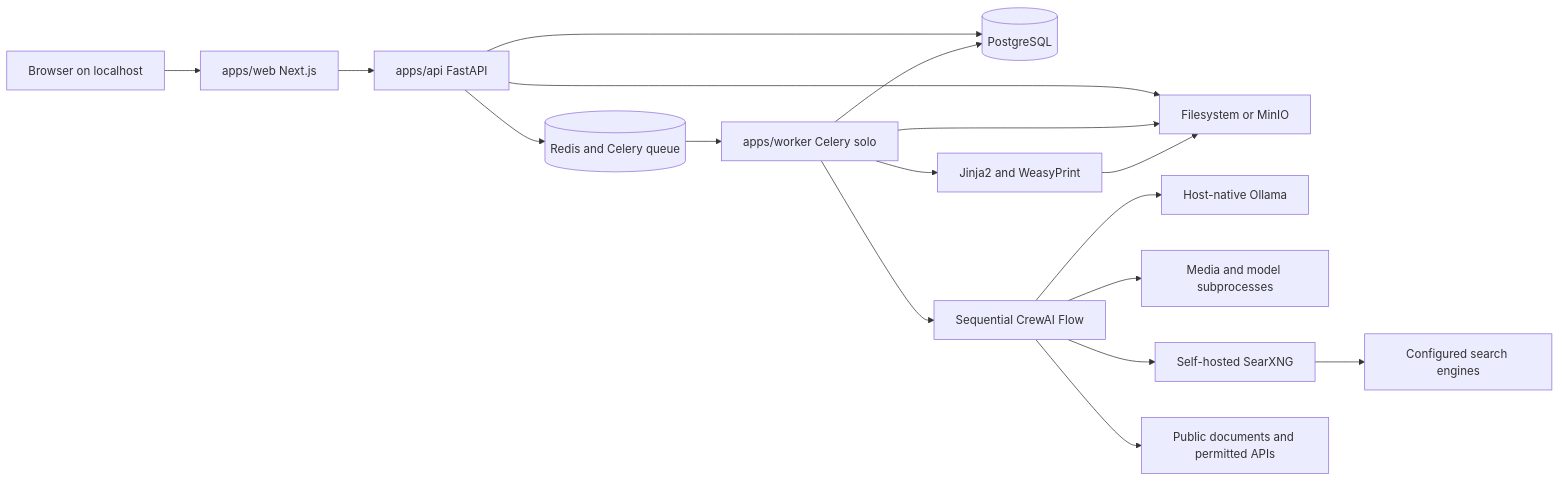
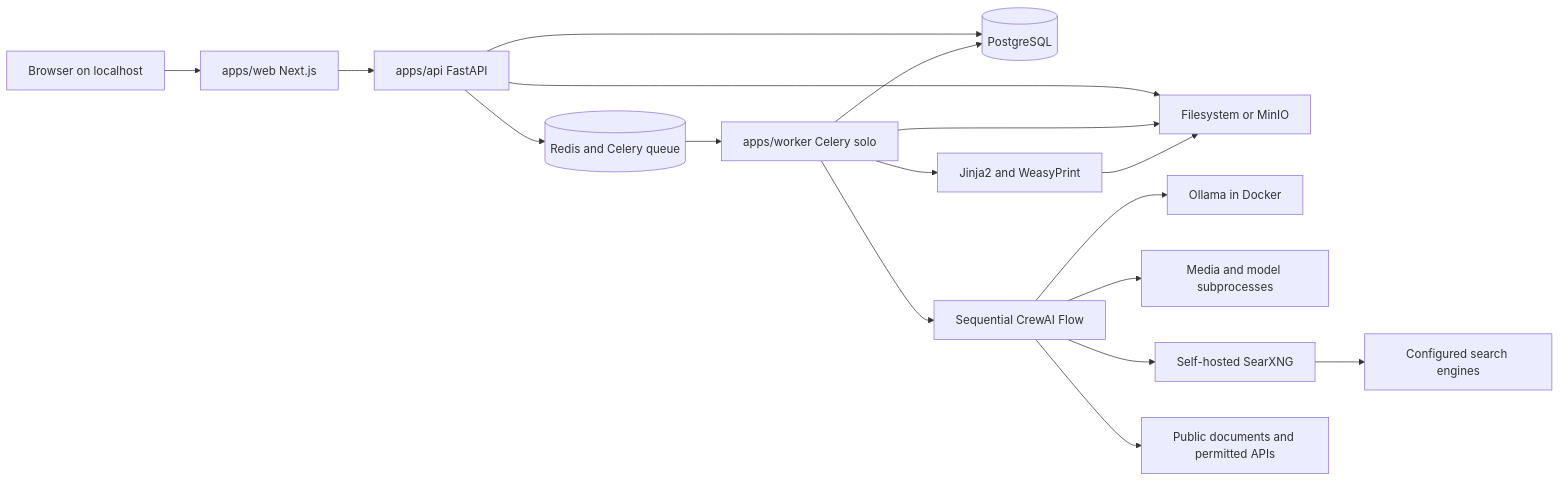
The fourth of 4 diagrams in README.md (FabricioHiury/verifact-ai), drawn with Mermaid before and after one commit. The commit also changed other lines of this file and 98 other files, not shown here.

````diff
--- a/README.md
+++ b/README.md
@@ -302,19 +322,19 @@
 ```mermaid
 flowchart LR
     U[Browser on localhost] --> W[apps/web Next.js]
     W --> A[apps/api FastAPI]
     A --> P[(PostgreSQL)]
     A --> R[(Redis and Celery queue)]
     A --> S[Filesystem or MinIO]
     R --> J[apps/worker Celery solo]
     J --> P
     J --> S
     J --> F[Sequential CrewAI Flow]
-    F --> O[Host-native Ollama]
+    F --> O[Ollama in Docker]
     F --> M[Media and model subprocesses]
     F --> Q[Self-hosted SearXNG]
     Q --> E[Configured search engines]
     F --> D[Public documents and permitted APIs]
     J --> H[Jinja2 and WeasyPrint]
     H --> S
 ```
````
